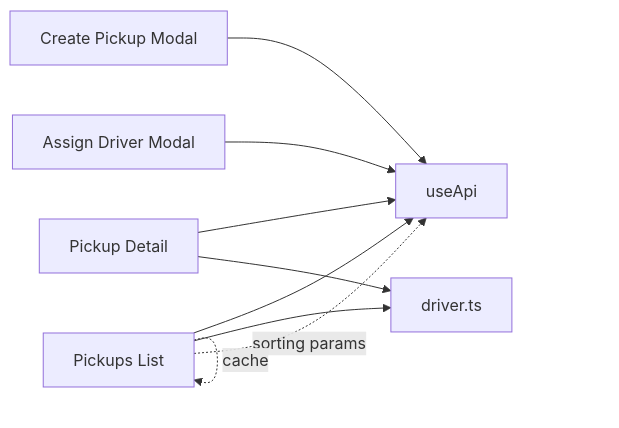
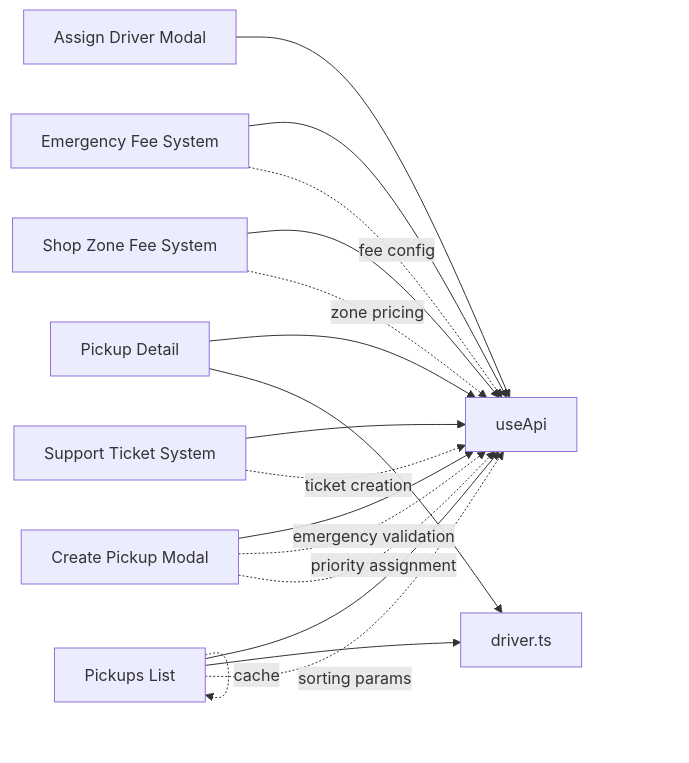
Before and after one commit to Lazynerd-Studios/lacarte-atlas-console: the tenth of 10 diagrams in .qoder/repowiki/en/content/Business Modules/Pickup Operations.md, drawn with Mermaid. The commit also changed other lines of this file and 23 other files, not shown here.

````diff
--- a/.qoder/repowiki/en/content/Business Modules/Pickup Operations.md
+++ b/.qoder/repowiki/en/content/Business Modules/Pickup Operations.md
@@ -444,12 +620,20 @@
 ```mermaid
 graph LR
 Index["Pickups List"] --> Api["useApi"]
 Detail["Pickup Detail"] --> Api
 CreateModal["Create Pickup Modal"] --> Api
 AssignModal["Assign Driver Modal"] --> Api
+EmergencyFee["Emergency Fee System"] --> Api
+ShopZoneFee["Shop Zone Fee System"] --> Api
+SupportTicket["Support Ticket System"] --> Api
 Index --> Types["driver.ts"]
 Detail --> Types
 Index -. sorting params .-> Api
 Index -. sort state .-> Index
 Index -. cache .-> Index
+EmergencyFee -. fee config .-> Api
+ShopZoneFee -. zone pricing .-> Api
+SupportTicket -. ticket creation .-> Api
+CreateModal -. emergency validation .-> Api
+CreateModal -. priority assignment .-> Api
 ```
````
